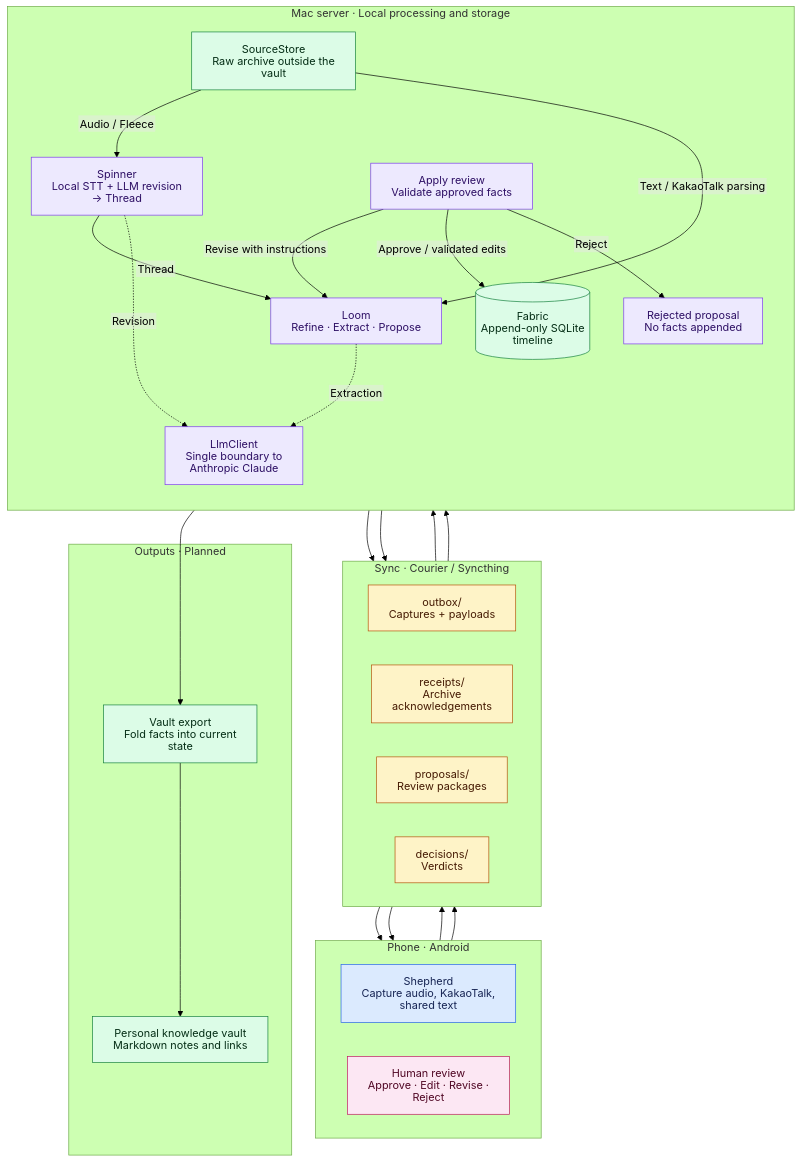
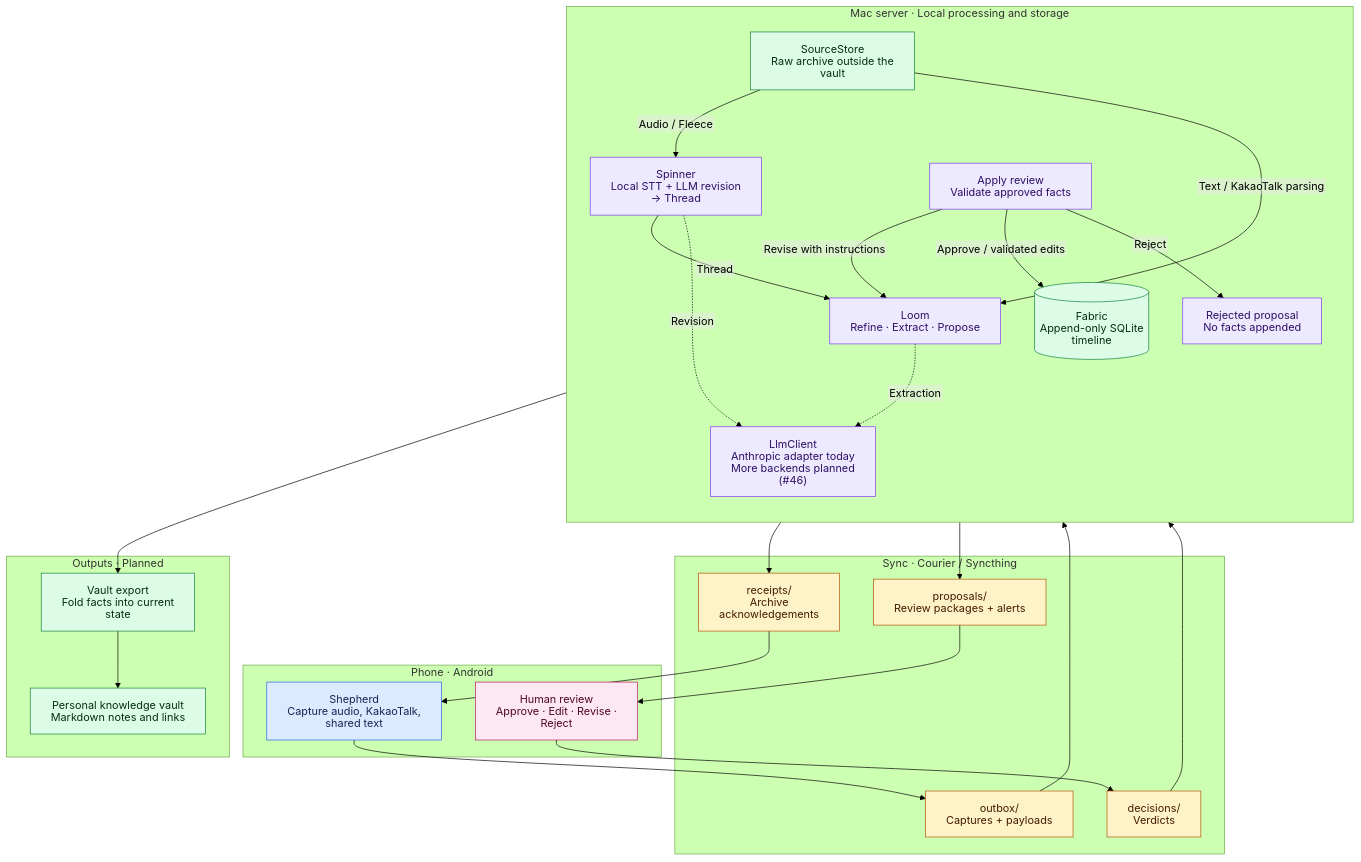
The diagram in README.md (JunHCha/weaver), drawn with Mermaid (forest theme) before and after one commit. The commit also changed other lines of this file, not shown here.

Commit message:
docs: clarify planned processing and LLM backends

````diff
--- a/README.md
+++ b/README.md
@@ -26,58 +26,56 @@
 ```mermaid
 %%{init: {"htmlLabels": false}}%%
 flowchart TB
   subgraph phone["Phone · Android"]
-    direction LR
     shepherd["Shepherd<br/>Capture audio, KakaoTalk, shared text"]
     review["Human review<br/>Approve · Edit · Revise · Reject"]
   end
 
   subgraph sync["Sync · Courier / Syncthing"]
-    direction LR
     outbox["outbox/<br/>Captures + payloads"]
     receipts["receipts/<br/>Archive acknowledgements"]
-    proposals["proposals/<br/>Review packages"]
+    proposals["proposals/<br/>Review packages + alerts"]
     decisions["decisions/<br/>Verdicts"]
   end
 
   subgraph mac["Mac server · Local processing and storage"]
     direction TB
     archive["SourceStore<br/>Raw archive outside the vault"]
     spinner["Spinner<br/>Local STT + LLM revision → Thread"]
     loom["Loom<br/>Refine · Extract · Propose"]
     apply["Apply review<br/>Validate approved facts"]
     rejected["Rejected proposal<br/>No facts appended"]
-    llm["LlmClient<br/>Single boundary to Anthropic Claude"]
+    llm["LlmClient<br/>Anthropic adapter today<br/>More backends planned (#46)"]
     fabric[("Fabric<br/>Append-only SQLite timeline")]
   end
 
   subgraph outputs["Outputs · Planned"]
     export["Vault export<br/>Fold facts into current state"]
     vault["Personal knowledge vault<br/>Markdown notes and links"]
   end
 
   shepherd --> outbox --> archive
   archive --> receipts --> shepherd
   archive -- "Audio / Fleece" --> spinner
   archive -- "Text / KakaoTalk parsing" --> loom
   spinner -- "Thread" --> loom
   spinner -. "Revision" .-> llm
   loom -. "Extraction" .-> llm
   loom --> proposals --> review
   review --> decisions --> apply
   apply -- "Revise with instructions" --> loom
   apply -- "Approve / validated edits" --> fabric
   apply -- "Reject" --> rejected
   fabric --> export --> vault
 
   classDef capture fill:#dbeafe,stroke:#2563eb,color:#172554
   classDef transport fill:#fef3c7,stroke:#b45309,color:#451a03
   classDef process fill:#ede9fe,stroke:#7c3aed,color:#2e1065
   classDef human fill:#fce7f3,stroke:#be185d,color:#500724
   classDef stored fill:#dcfce7,stroke:#15803d,color:#052e16
   class shepherd capture
   class outbox,receipts,proposals,decisions transport
   class spinner,loom,apply,llm,rejected process
   class review human
   class archive,fabric,export,vault stored
 ```
````
